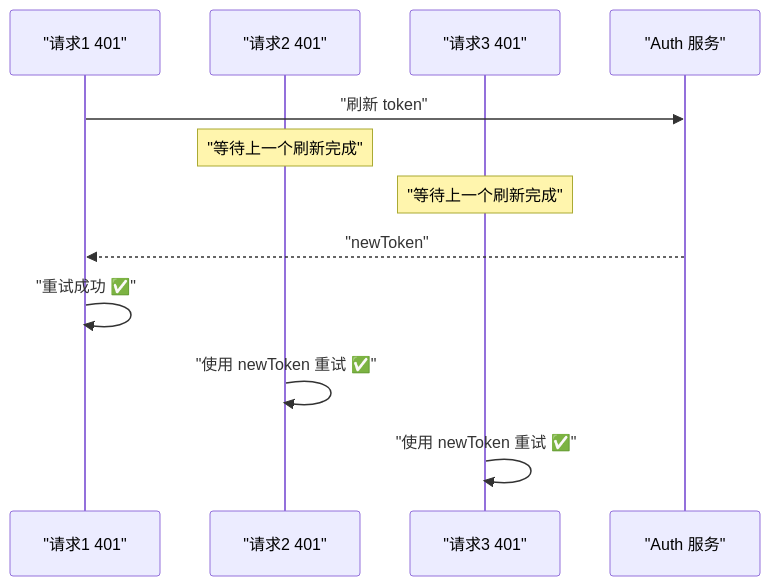
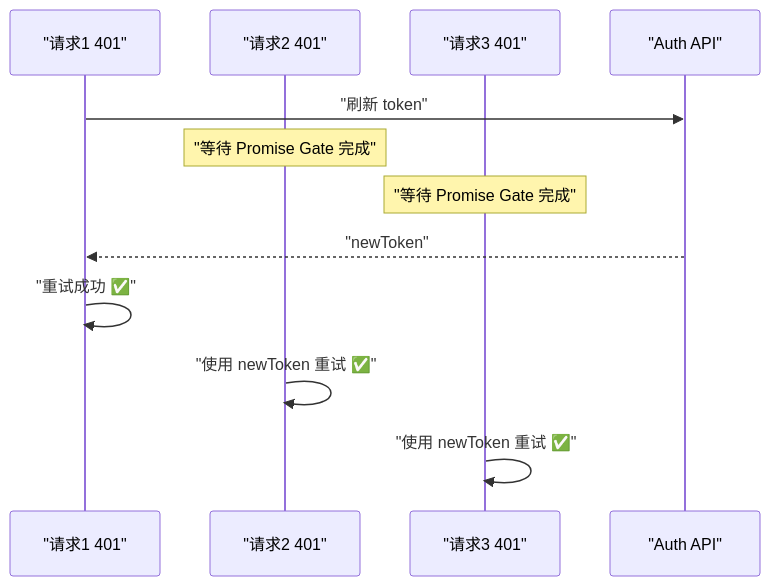
One commit to KMaybe01/common changed diagram 21 of 55 in S4-面试冲刺/02-简历问题.md. Above: the diagram before and after it, drawn with Mermaid. The commit also changed other lines of this file and 15 other files, not shown here.

````diff
--- a/S4-面试冲刺/02-简历问题.md
+++ b/S4-面试冲刺/02-简历问题.md
@@ -3382,15 +3374,15 @@
 ```mermaid
 sequenceDiagram
   participant Req1 as "请求1 401"
   participant Req2 as "请求2 401"
   participant Req3 as "请求3 401"
-  participant Auth as "Auth 服务"
+  participant Auth as "Auth API"
 
   Req1->>Auth: "刷新 token"
-  Note over Req2: "等待上一个刷新完成"
-  Note over Req3: "等待上一个刷新完成"
+  Note over Req2: "等待 Promise Gate 完成"
+  Note over Req3: "等待 Promise Gate 完成"
   Auth-->>Req1: "newToken"
   Req1->>Req1: "重试成功 ✅"
   Req2->>Req2: "使用 newToken 重试 ✅"
   Req3->>Req3: "使用 newToken 重试 ✅"
 ```
````
